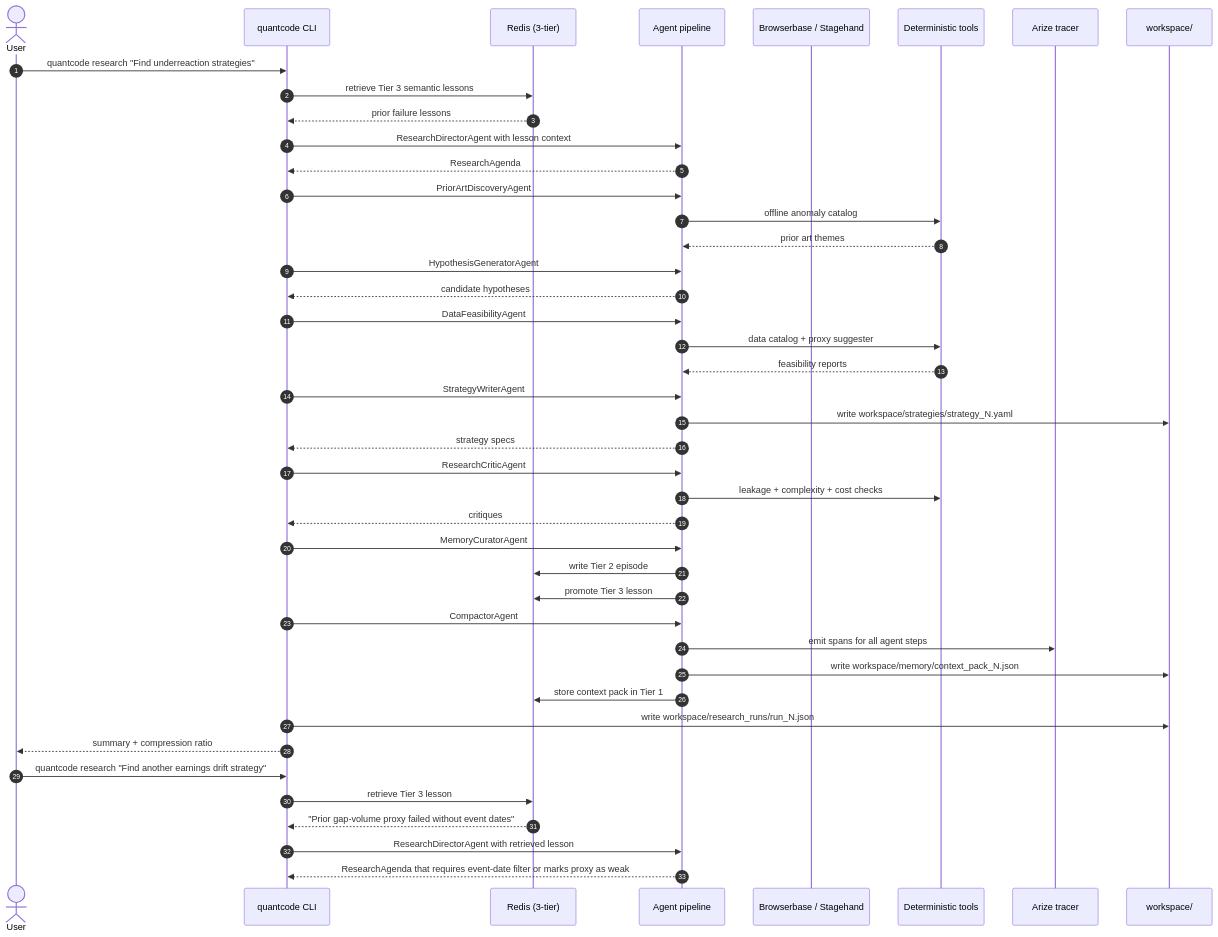
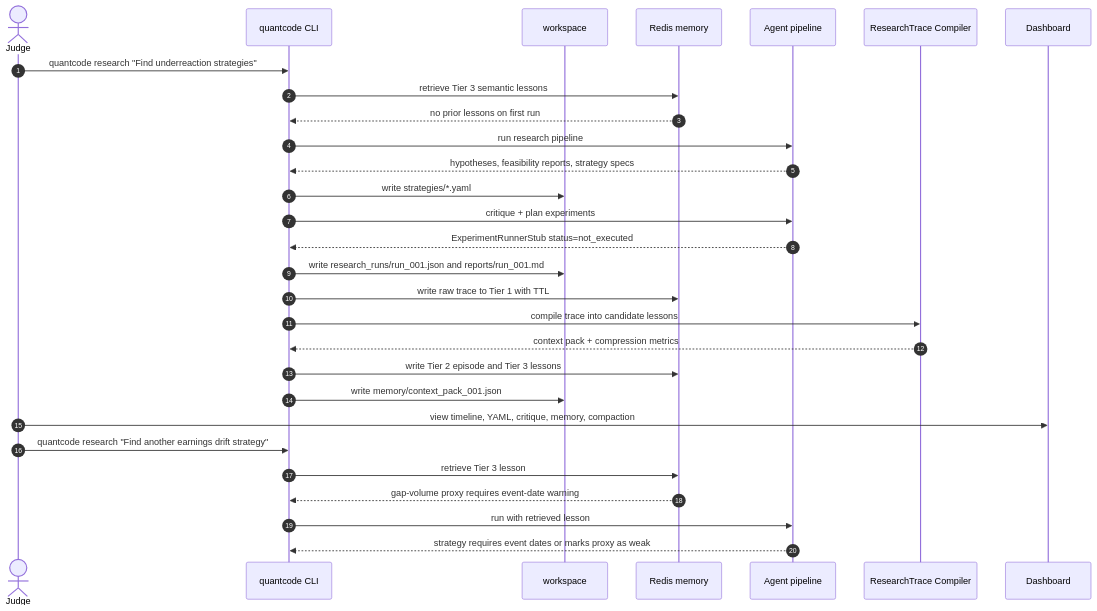
Before and after one commit to Ayush-Agarwal07/quant-code: the fourth of 4 diagrams in docs/system_design_diagram.md, drawn with Mermaid. The commit also changed other lines of this file and 79 other files, not shown here.

````diff
--- a/docs/system_design_diagram.md
+++ b/docs/system_design_diagram.md
@@ -146,47 +166,33 @@
 ```mermaid
 sequenceDiagram
     autonumber
-    actor User
+    actor Judge
     participant CLI as quantcode CLI
-    participant Redis as Redis (3-tier)
+    participant WS as workspace
+    participant Redis as Redis memory
     participant Agents as Agent pipeline
-    participant BB as Browserbase / Stagehand
-    participant Tools as Deterministic tools
-    participant Arize as Arize tracer
-    participant WS as workspace/
+    participant RTC as ResearchTrace Compiler
+    participant Dash as Dashboard
 
-    User->>CLI: quantcode research "Find underreaction strategies"
+    Judge->>CLI: quantcode research "Find underreaction strategies"
     CLI->>Redis: retrieve Tier 3 semantic lessons
-    Redis-->>CLI: prior failure lessons
-    CLI->>Agents: ResearchDirectorAgent with lesson context
-    Agents-->>CLI: ResearchAgenda
-    CLI->>Agents: PriorArtDiscoveryAgent
-    Agents->>Tools: offline anomaly catalog
-    Tools-->>Agents: prior art themes
-    CLI->>Agents: HypothesisGeneratorAgent
-    Agents-->>CLI: candidate hypotheses
-    CLI->>Agents: DataFeasibilityAgent
-    Agents->>Tools: data catalog + proxy suggester
-    Tools-->>Agents: feasibility reports
-    CLI->>Agents: StrategyWriterAgent
-    Agents->>WS: write workspace/strategies/strategy_N.yaml
-    Agents-->>CLI: strategy specs
-    CLI->>Agents: ResearchCriticAgent
-    Agents->>Tools: leakage + complexity + cost checks
-    Agents-->>CLI: critiques
-    CLI->>Agents: MemoryCuratorAgent
-    Agents->>Redis: write Tier 2 episode
-    Agents->>Redis: promote Tier 3 lesson
-    CLI->>Agents: CompactorAgent
-    Agents->>Arize: emit spans for all agent steps
-    Agents->>WS: write workspace/memory/context_pack_N.json
-    Agents->>Redis: store context pack in Tier 1
-    CLI->>WS: write workspace/research_runs/run_N.json
-    CLI-->>User: summary + compression ratio
+    Redis-->>CLI: no prior lessons on first run
+    CLI->>Agents: run research pipeline
+    Agents-->>CLI: hypotheses, feasibility reports, strategy specs
+    CLI->>WS: write strategies/*.yaml
+    CLI->>Agents: critique + plan experiments
+    Agents-->>CLI: ExperimentRunnerStub status=not_executed
+    CLI->>WS: write research_runs/run_001.json and reports/run_001.md
+    CLI->>Redis: write raw trace to Tier 1 with TTL
+    CLI->>RTC: compile trace into candidate lessons
+    RTC-->>CLI: context pack + compression metrics
+    CLI->>Redis: write Tier 2 episode and Tier 3 lessons
+    CLI->>WS: write memory/context_pack_001.json
+    Judge->>Dash: view timeline, YAML, critique, memory, compaction
 
-    User->>CLI: quantcode research "Find another earnings drift strategy"
+    Judge->>CLI: quantcode research "Find another earnings drift strategy"
     CLI->>Redis: retrieve Tier 3 lesson
-    Redis-->>CLI: "Prior gap-volume proxy failed without event dates"
-    CLI->>Agents: ResearchDirectorAgent with retrieved lesson
-    Agents-->>CLI: ResearchAgenda that requires event-date filter or marks proxy as weak
+    Redis-->>CLI: gap-volume proxy requires event-date warning
+    CLI->>Agents: run with retrieved lesson
+    Agents-->>CLI: strategy requires event dates or marks proxy as weak
 ```
````
